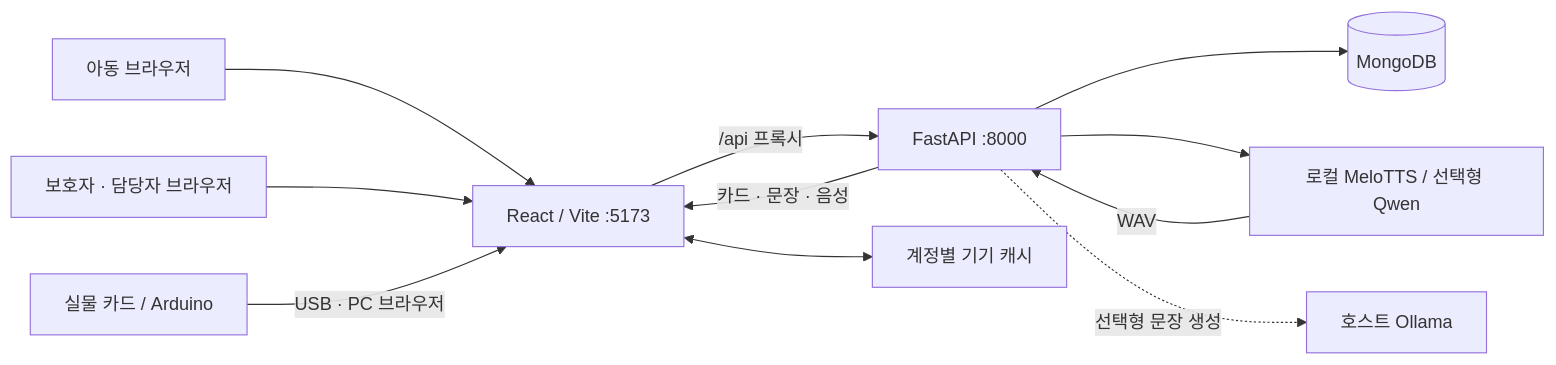
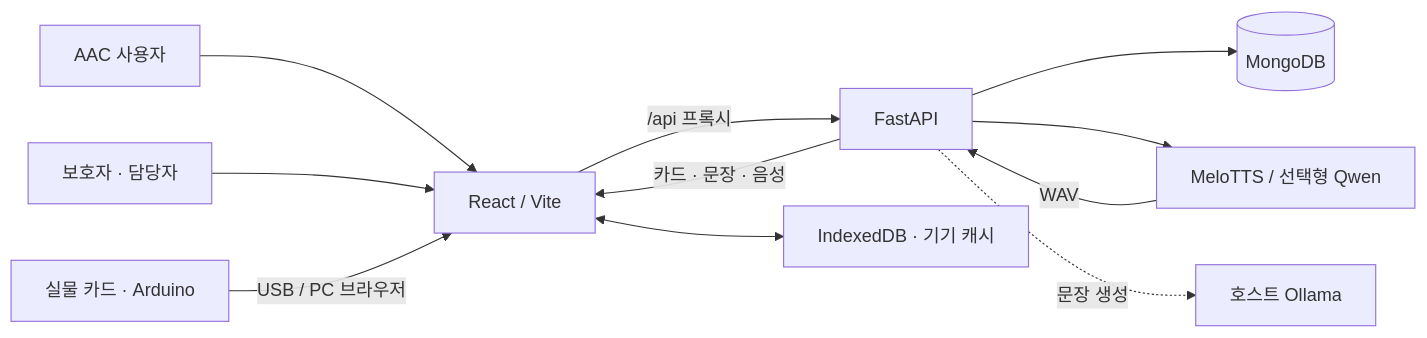
The diagram in README.md (PECS-MATE/pesc-mate), drawn with Mermaid before and after one commit. The commit also changed other lines of this file and 1 other file, not shown here.

```diff
--- a/README.md
+++ b/README.md
@@ -84,13 +101,13 @@
 ~~~mermaid
 flowchart LR
-    Child["아동 브라우저"] --> Web["React / Vite :5173"]
-    Caregiver["보호자 · 담당자 브라우저"] --> Web
-    RFID["실물 카드 / Arduino"] -->|"USB · PC 브라우저"| Web
-    Web -->|"/api 프록시"| API["FastAPI :8000"]
+    User["AAC 사용자"] --> Web["React / Vite"]
+    Support["보호자 · 담당자"] --> Web
+    Tag["실물 카드 · Arduino"] -->|"USB / PC 브라우저"| Web
+    Web -->|"/api 프록시"| API["FastAPI"]
+    Web <--> Local["IndexedDB · 기기 캐시"]
     API --> DB[("MongoDB")]
-    API --> Speech["로컬 MeloTTS / 선택형 Qwen"]
-    API -. "선택형 문장 생성" .-> Ollama["호스트 Ollama"]
-    Speech -->|"WAV"| API
+    API --> TTS["MeloTTS / 선택형 Qwen"]
+    API -. "문장 생성" .-> AI["호스트 Ollama"]
+    TTS -->|"WAV"| API
     API -->|"카드 · 문장 · 음성"| Web
-    Web <--> Cache["계정별 기기 캐시"]
 ~~~
```
